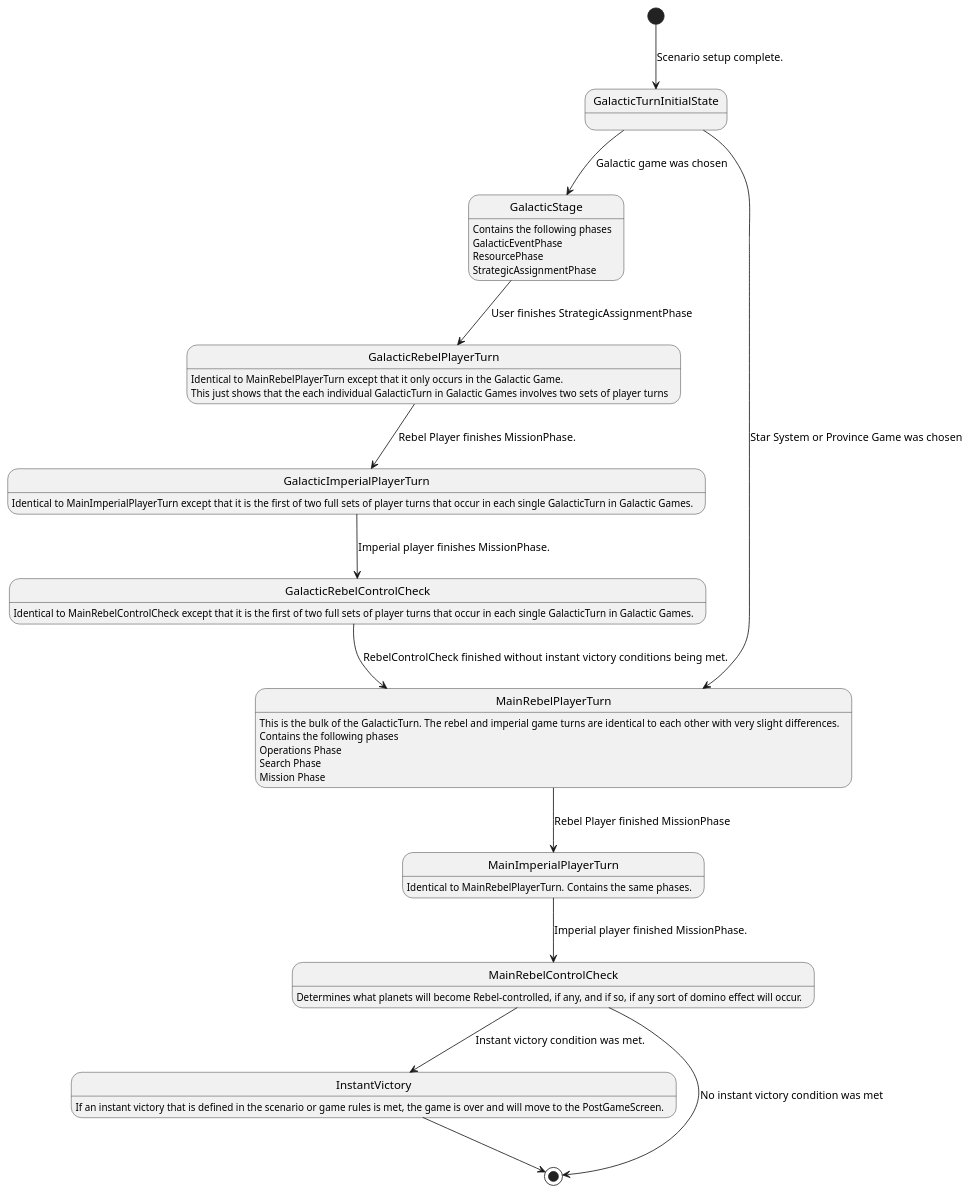
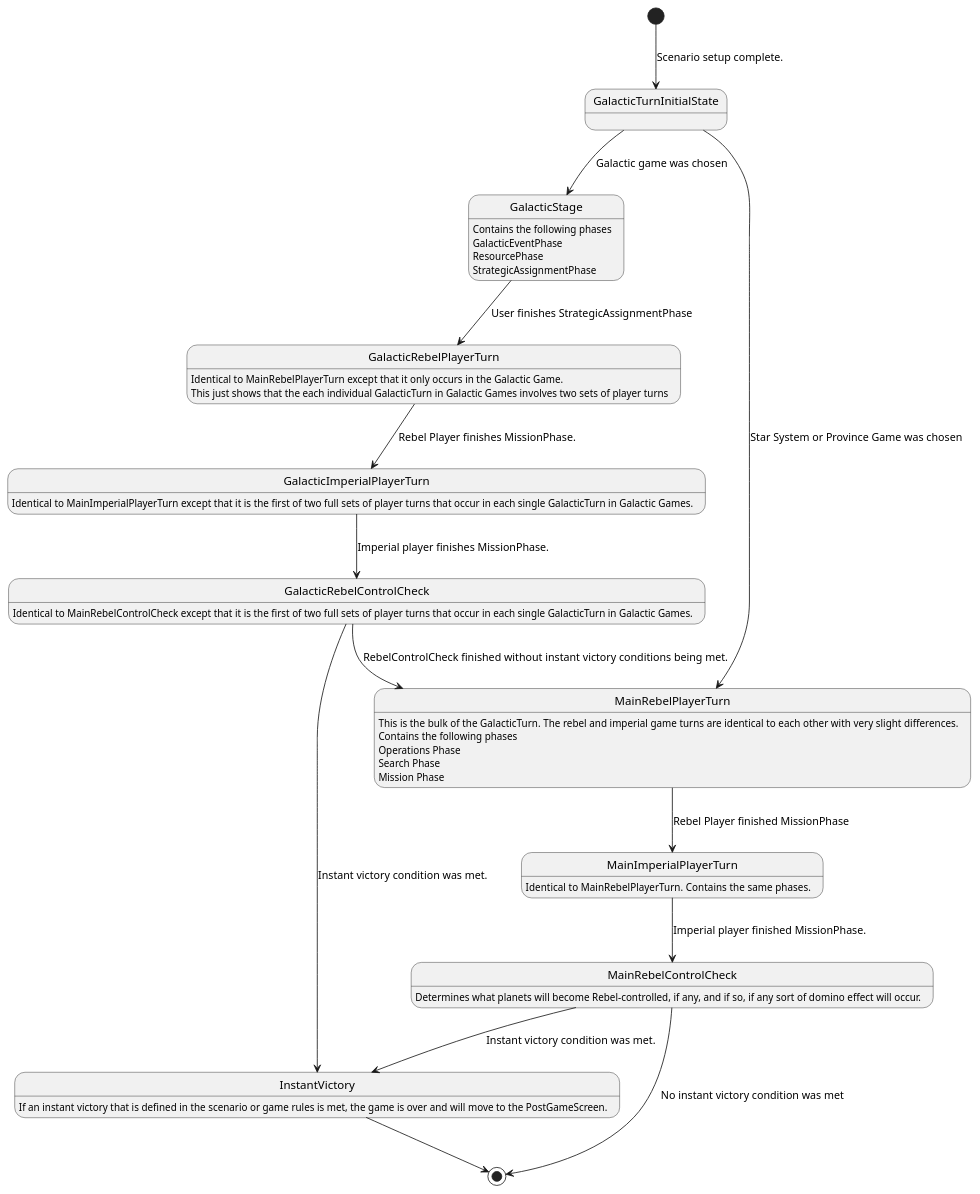
One commit to ui-cs383/Activity-Diagrams changed the diagram in development/GalacticTurn.plantuml. Above: the diagram before and after it, drawn with PlantUML.

Commit message:
GalacticTurn: Added action from GalacticRebelControlCheck to InstantVictory

```diff
--- a/development/GalacticTurn.plantuml
+++ b/development/GalacticTurn.plantuml
@@ -8,46 +8,46 @@
 @startuml
 [*] --> GalacticTurnInitialState : Scenario setup complete.
 GalacticTurnInitialState --> GalacticStage : Galactic game was chosen
 GalacticTurnInitialState --> MainRebelPlayerTurn : Star System or Province Game was chosen
 
 MainRebelPlayerTurn : This is the bulk of the GalacticTurn.  The rebel and imperial game turns are identical to each other with very slight differences.
 MainRebelPlayerTurn : Contains the following phases
 MainRebelPlayerTurn : Operations Phase
 MainRebelPlayerTurn : Search Phase
 MainRebelPlayerTurn : Mission Phase
 
 MainRebelPlayerTurn --> MainImperialPlayerTurn : Rebel Player finished MissionPhase
 MainImperialPlayerTurn : Identical to MainRebelPlayerTurn.  Contains the same phases.
 MainImperialPlayerTurn --> MainRebelControlCheck : Imperial player finished MissionPhase.
 
 MainRebelControlCheck : Determines what planets will become Rebel-controlled, if any, and if so, if any sort of domino effect will occur.
 MainRebelControlCheck --> InstantVictory : Instant victory condition was met.
 MainRebelControlCheck --> [*] : No instant victory condition was met
 
 InstantVictory : If an instant victory that is defined in the scenario or game rules is met, the game is over and will move to the PostGameScreen.
 InstantVictory --> [*]
 
 
 GalacticStage : Contains the following phases
 GalacticStage : GalacticEventPhase
 GalacticStage : ResourcePhase
 GalacticStage : StrategicAssignmentPhase
 
 GalacticStage --> GalacticRebelPlayerTurn : User finishes StrategicAssignmentPhase
 
 GalacticRebelPlayerTurn : Identical to MainRebelPlayerTurn except that it only occurs in the Galactic Game.
 GalacticRebelPlayerTurn : This just shows that the each individual GalacticTurn in Galactic Games involves two sets of player turns
 
 GalacticRebelPlayerTurn --> GalacticImperialPlayerTurn : Rebel Player finishes MissionPhase.
 
 GalacticImperialPlayerTurn : Identical to MainImperialPlayerTurn except that it is the first of two full sets of player turns that occur in each single GalacticTurn in Galactic Games.
 GalacticImperialPlayerTurn --> GalacticRebelControlCheck : Imperial player finishes MissionPhase.
 
 GalacticRebelControlCheck : Identical to MainRebelControlCheck except that it is the first of two full sets of player turns that occur in each single GalacticTurn in Galactic Games.
 ' Could there be an instant victory here to to the domino effect?
 
 GalacticRebelControlCheck --> MainRebelPlayerTurn : RebelControlCheck finished without instant victory conditions being met.
-'GalacticRebelControlCheck --> InstantVictory : Instant victory condition was met.
+GalacticRebelControlCheck --> InstantVictory : Instant victory condition was met.
 
 
 @enduml
```
